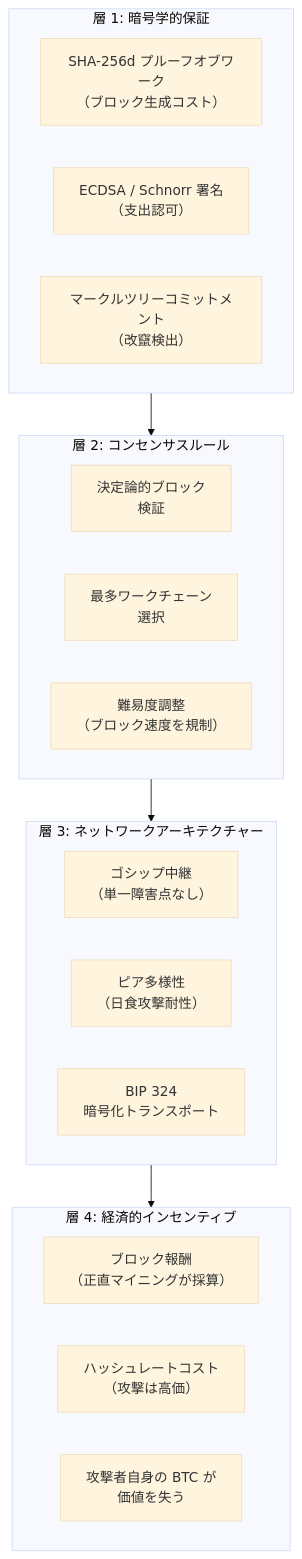
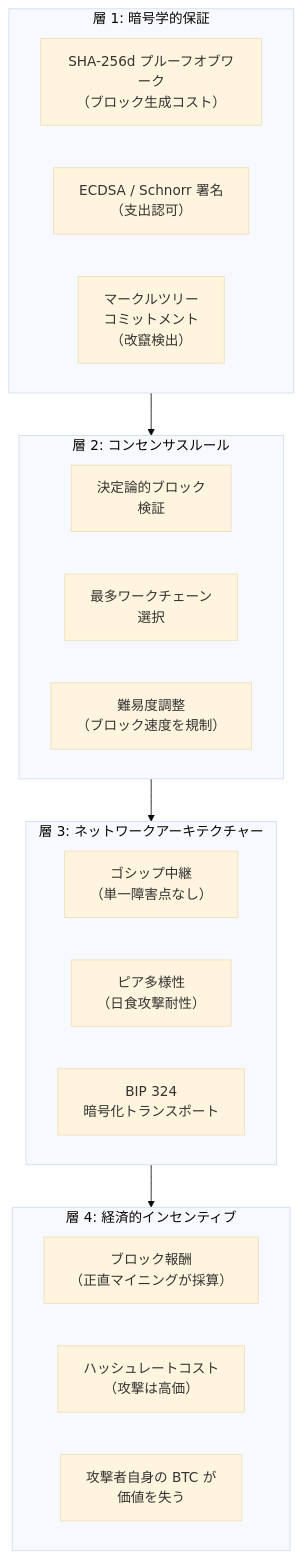
The fifth of 8 diagrams in src/data/translations/ja/design/2009-01-03-bitcoin-security-model.md (cypher256/BitcoinArchive), drawn with Mermaid (base theme) before and after one commit. The commit also changed other lines of this file and 11 other files, not shown here.

First line of the commit message:
JA Mermaid labels: wrap long CJK labels (mermaid-ja-wrap, 12 design docs)

````diff
--- a/src/data/translations/ja/design/2009-01-03-bitcoin-security-model.md
+++ b/src/data/translations/ja/design/2009-01-03-bitcoin-security-model.md
@@ -201,30 +201,30 @@
 ```mermaid
 flowchart TB
     subgraph L1["層 1: 暗号学的保証"]
-        HASH["SHA-256d プルーフオブワーク\n（ブロック生成コスト）"]
+        HASH["SHA-256d プルーフオブワーク<br/>（ブロック生成コスト）"]
         SIG["ECDSA / Schnorr 署名\n（支出認可）"]
-        MERKLE["マークルツリーコミットメント\n（改竄検出）"]
+        MERKLE["マークルツリー<br/>コミットメント<br/>（改竄検出）"]
     end
 
     subgraph L2["層 2: コンセンサスルール"]
         VALID["決定論的ブロック\n検証"]
-        WORK["最多ワークチェーン\n選択"]
-        DIFF["難易度調整\n（ブロック速度を規制）"]
+        WORK["最多ワークチェーン<br/>選択"]
+        DIFF["難易度調整<br/>（ブロック速度を規制）"]
     end
 
     subgraph L3["層 3: ネットワークアーキテクチャー"]
-        GOSSIP["ゴシップ中継\n（単一障害点なし）"]
-        DIVERSE["ピア多様性\n（日食攻撃耐性）"]
-        ENCRYPT["BIP 324\n暗号化トランスポート"]
+        GOSSIP["ゴシップ中継<br/>（単一障害点なし）"]
+        DIVERSE["ピア多様性<br/>（日食攻撃耐性）"]
+        ENCRYPT["BIP 324<br/>暗号化トランスポート"]
     end
 
     subgraph L4["層 4: 経済的インセンティブ"]
-        REWARD["ブロック報酬\n（正直マイニングが採算）"]
-        COST["ハッシュレートコスト\n（攻撃は高価）"]
+        REWARD["ブロック報酬<br/>（正直マイニングが採算）"]
+        COST["ハッシュレートコスト<br/>（攻撃は高価）"]
         ASSET["攻撃者自身の BTC が\n価値を失う"]
     end
 
     L1 --> L2
     L2 --> L3
     L3 --> L4
 ```
````
